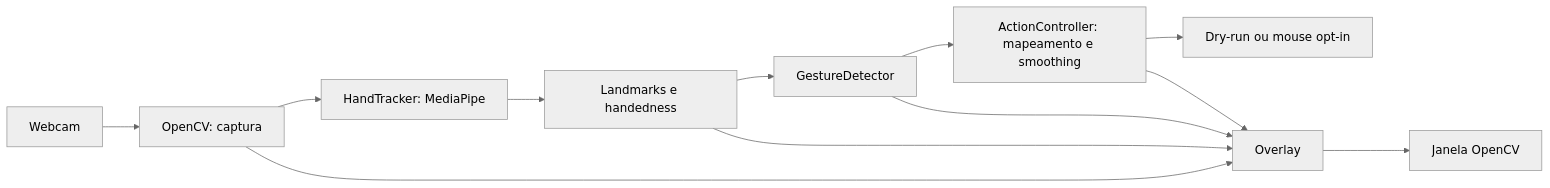
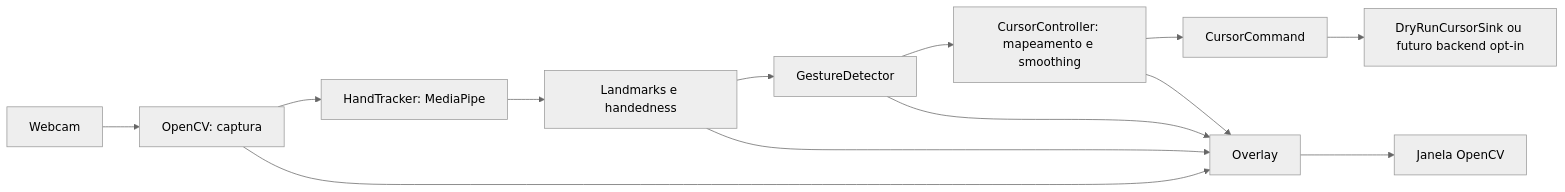
One commit to FernandoBuligon/hgi changed the diagram in docs/IMPLEMENTATION_PLAN.md. Above: the diagram before and after it, drawn with Mermaid (neutral theme). The commit also changed other lines of this file and 4 other files, not shown here.

Commit message:
chore: document and verify Phase 5 dry-run cursor

````diff
--- a/docs/IMPLEMENTATION_PLAN.md
+++ b/docs/IMPLEMENTATION_PLAN.md
@@ -49,14 +49,15 @@
 ```mermaid
 flowchart LR
     A[Webcam] --> B[OpenCV: captura]
     B --> C[HandTracker: MediaPipe]
     C --> D[Landmarks e handedness]
     D --> E[GestureDetector]
-    E --> F[ActionController: mapeamento e smoothing]
-    F --> G[Dry-run ou mouse opt-in]
+    E --> F[CursorController: mapeamento e smoothing]
+    F --> J[CursorCommand]
+    J --> G[DryRunCursorSink ou futuro backend opt-in]
     B --> H[Overlay]
     D --> H
     E --> H
     F --> H
     H --> I[Janela OpenCV]
 ```
````
